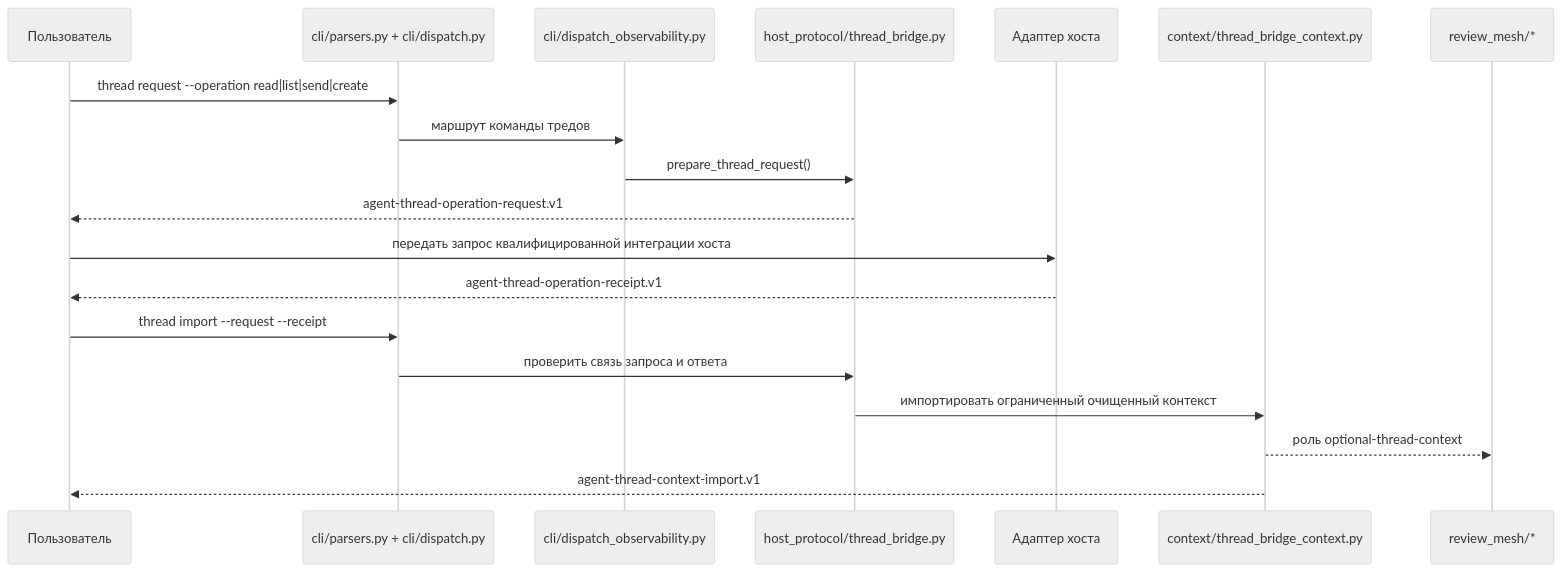
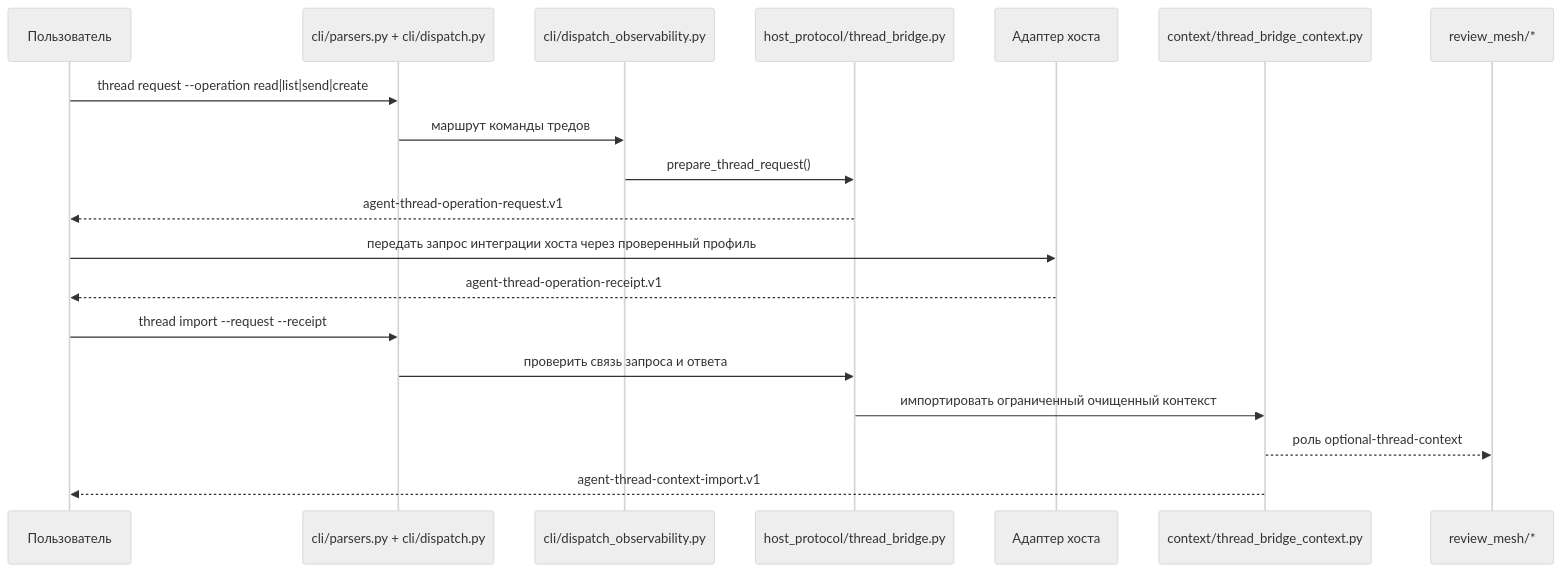
One commit to avksp/agent-lifecycle-kit changed the sixth of 17 diagrams in docs/ru/architecture/system-architecture.md. Above: the diagram before and after it, drawn with Mermaid (neutral theme). The commit also changed other lines of this file and 50 other files, not shown here.

````diff
--- a/docs/ru/architecture/system-architecture.md
+++ b/docs/ru/architecture/system-architecture.md
@@ -363,22 +363,22 @@
 ```mermaid
 sequenceDiagram
   participant User as Пользователь
   participant CLI as cli/parsers.py + cli/dispatch.py
   participant Handler as cli/dispatch_observability.py
   participant Bridge as host_protocol/thread_bridge.py
   participant Adapter as Адаптер хоста
   participant Context as context/thread_bridge_context.py
   participant Review as review_mesh/*
 
   User->>CLI: thread request --operation read|list|send|create
   CLI->>Handler: маршрут команды тредов
   Handler->>Bridge: prepare_thread_request()
   Bridge-->>User: agent-thread-operation-request.v1
-  User->>Adapter: передать запрос квалифицированной интеграции хоста
+  User->>Adapter: передать запрос интеграции хоста через проверенный профиль
   Adapter-->>User: agent-thread-operation-receipt.v1
   User->>CLI: thread import --request --receipt
   CLI->>Bridge: проверить связь запроса и ответа
   Bridge->>Context: импортировать ограниченный очищенный контекст
   Context-->>Review: роль optional-thread-context
   Context-->>User: agent-thread-context-import.v1
 ```
````
